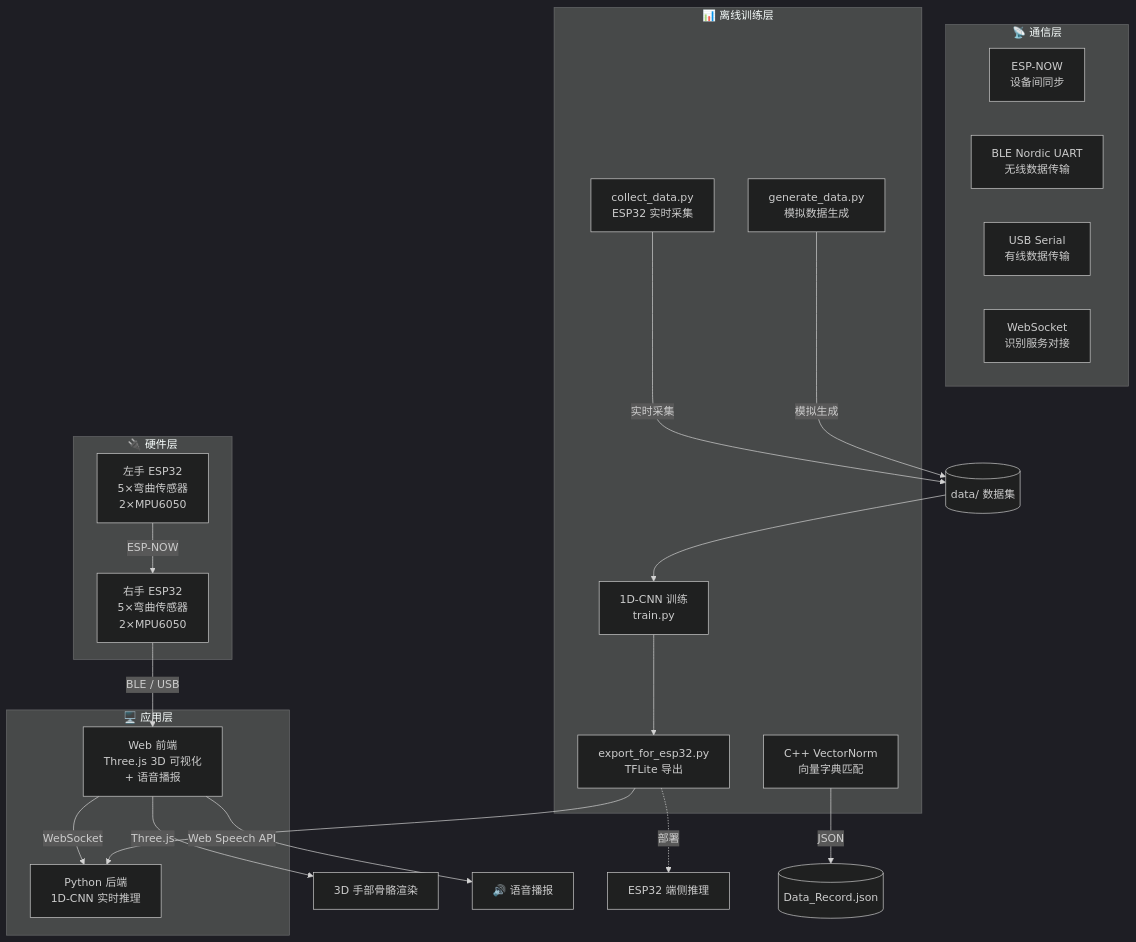
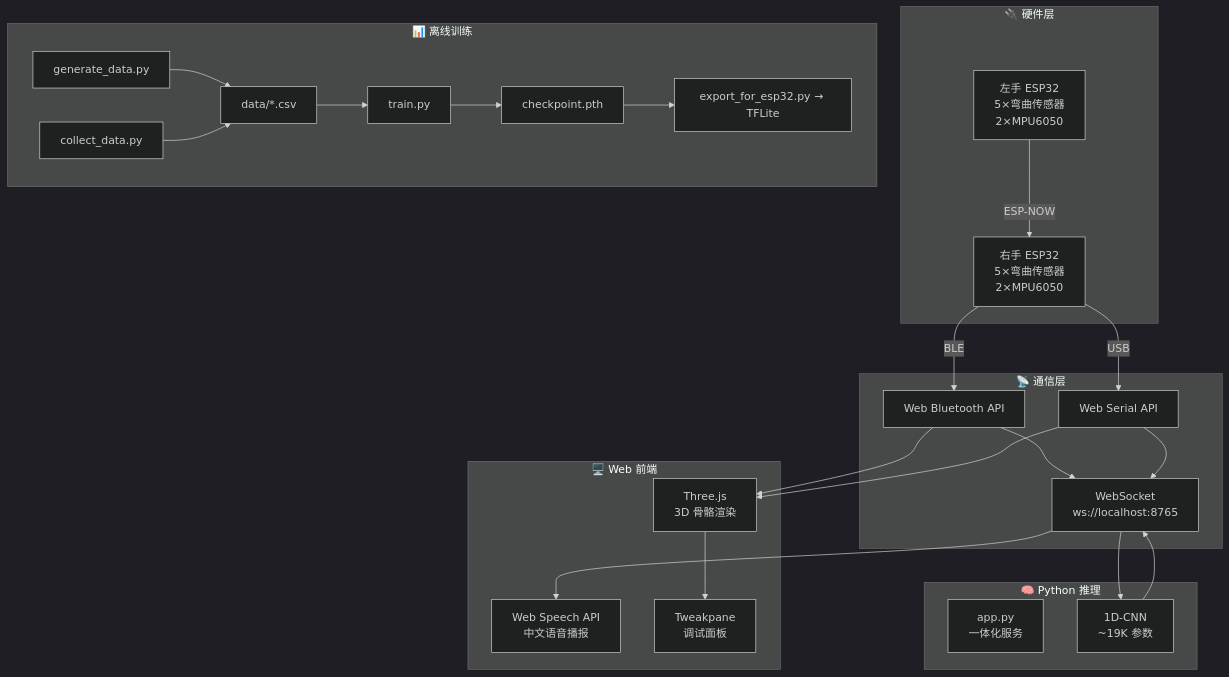
The first of 2 diagrams in README.md (Tiseeee/Sign_Language_Recognition_Gloves), drawn with Mermaid (dark theme) before and after one commit. The commit also changed other lines of this file and 17 other files, not shown here.

````diff
--- a/README.md
+++ b/README.md
@@ -102,40 +81,42 @@
 ```mermaid
 graph TB
-    subgraph 硬件层["🔌 硬件层"]
+    subgraph 硬件["🔌 硬件层"]
         L[左手 ESP32<br/>5×弯曲传感器<br/>2×MPU6050]
         R[右手 ESP32<br/>5×弯曲传感器<br/>2×MPU6050]
     end
 
-    subgraph 通信层["📡 通信层"]
-        EN[ESP-NOW<br/>设备间同步]
-        BLE[BLE Nordic UART<br/>无线数据传输]
-        USB[USB Serial<br/>有线数据传输]
-        WS[WebSocket<br/>识别服务对接]
+    subgraph 通信["📡 通信层"]
+        BLE[Web Bluetooth API]
+        USB[Web Serial API]
+        WS[WebSocket<br/>ws://localhost:8765]
     end
 
-    subgraph 应用层["🖥️ 应用层"]
-        Web[Web 前端<br/>Three.js 3D 可视化<br/>+ 语音播报]
-        Py[Python 后端<br/>1D-CNN 实时推理]
+    subgraph 前端["🖥️ Web 前端"]
+        GLB[Three.js<br/>3D 骨骼渲染]
+        SPK[Web Speech API<br/>中文语音播报]
+        TWP[Tweakpane<br/>调试面板]
     end
 
-    subgraph 训练层["📊 离线训练层"]
-        GEN[generate_data.py<br/>模拟数据生成]
-        COL[collect_data.py<br/>ESP32 实时采集]
-        TR[1D-CNN 训练<br/>train.py]
-        EXP[export_for_esp32.py<br/>TFLite 导出]
-        CPP2[C++ VectorNorm<br/>向量字典匹配]
+    subgraph 后端["🧠 Python 推理"]
+        APP[app.py<br/>一体化服务]
+        CNN[1D-CNN<br/>~19K 参数]
+    end
+
+    subgraph 训练["📊 离线训练"]
+        GEN[generate_data.py] --> CSV[data/*.csv]
+        COL[collect_data.py] --> CSV
+        CSV --> TR[train.py] --> PT[checkpoint.pth]
+        PT --> EXP[export_for_esp32.py → TFLite]
     end
 
     L -->|ESP-NOW| R
-    R -->|BLE / USB| Web
-    Web -->|WebSocket| Py
-    Web -->|Three.js| 3D[3D 手部骨骼渲染]
-    Web -->|Web Speech API| SPK[🔊 语音播报]
-    COL -->|实时采集| data[(data/ 数据集)]
-    GEN -->|模拟生成| data
-    data --> TR
-    TR --> EXP
-    EXP --> Py
-    EXP -.->|部署| ESP[ESP32 端侧推理]
-    CPP2 -->|JSON| DB[(Data_Record.json)]
+    R -->|BLE| BLE
+    R -->|USB| USB
+    BLE --> GLB
+    USB --> GLB
+    BLE --> WS
+    USB --> WS
+    WS --> CNN --> WS
+    WS --> SPK
+    GLB --> TWP
 ```
````
